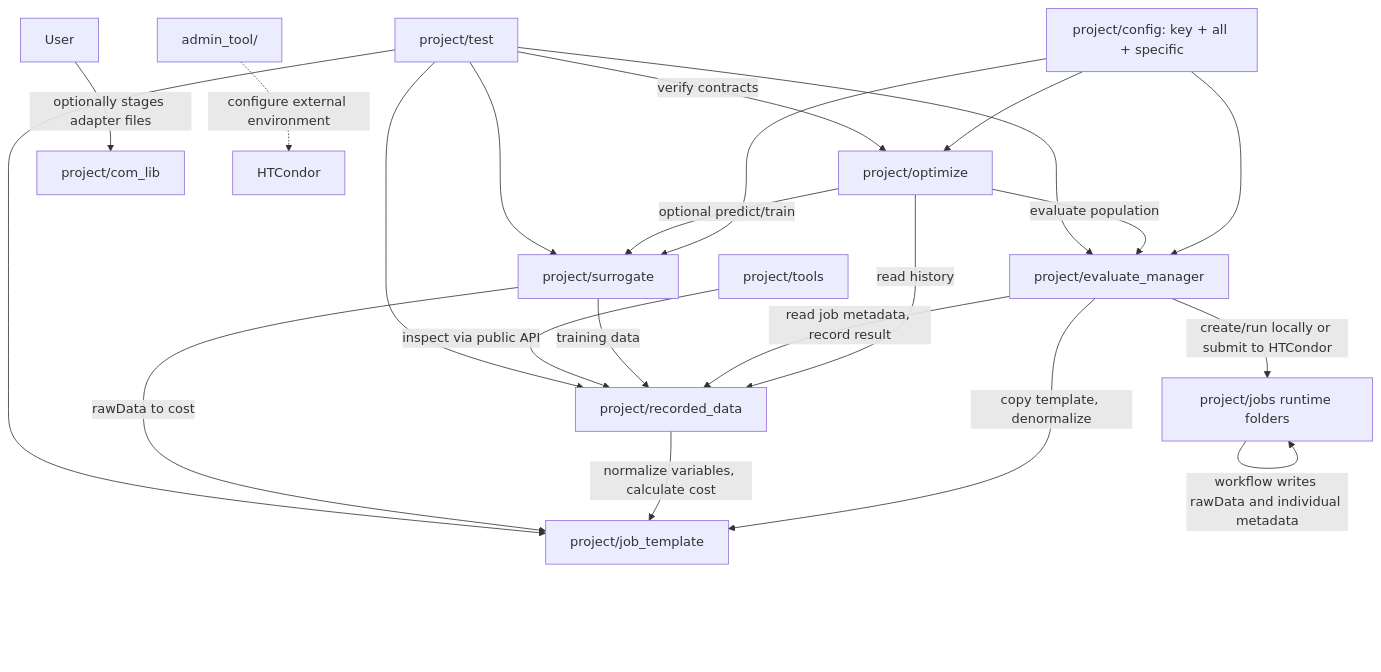
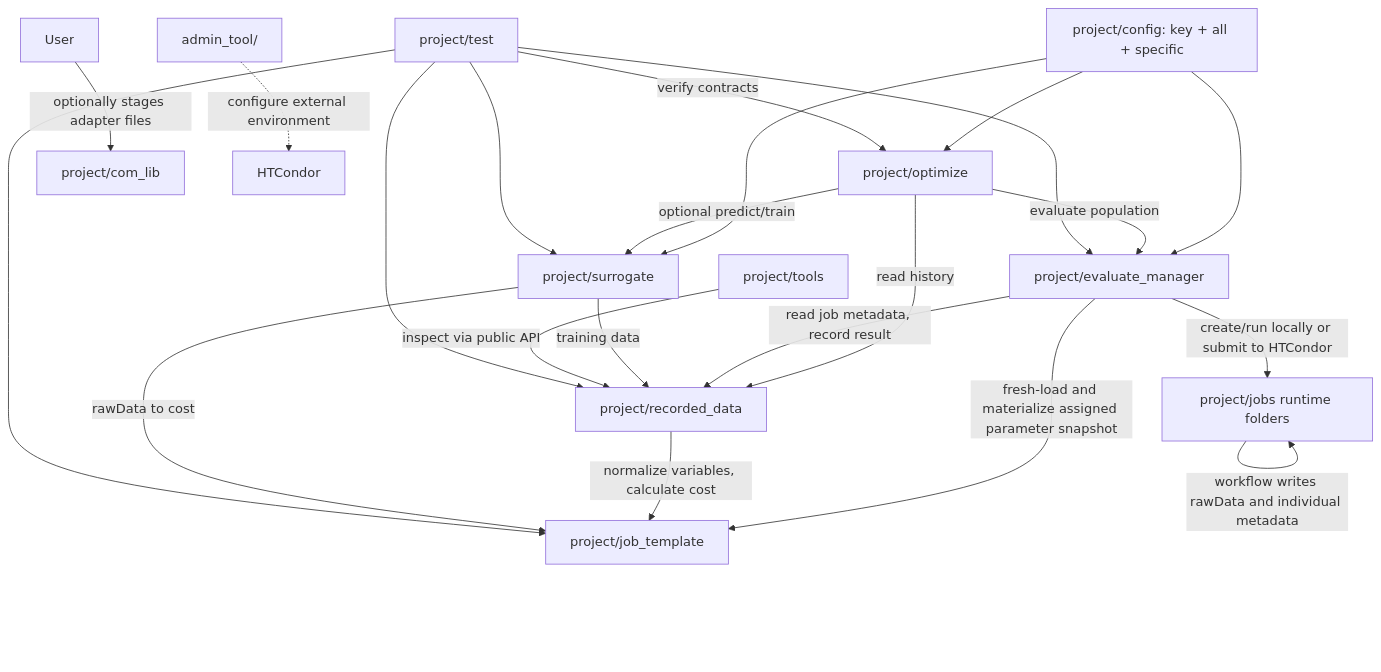
One commit to YS-Pan/yadof changed the diagram in dev_doc/architecture/c4_container.md. Above: the diagram before and after it, drawn with Mermaid. The commit also changed other lines of this file and 39 other files, not shown here.

````diff
--- a/dev_doc/architecture/c4_container.md
+++ b/dev_doc/architecture/c4_container.md
@@ -5,28 +5,28 @@
 ```mermaid
 flowchart TD
     Config["project/config: key + all + specific"] --> Optimize["project/optimize"]
     Config --> Evaluate["project/evaluate_manager"]
     Config --> Surrogate["project/surrogate"]
 
     Optimize -->|evaluate population| Evaluate
     Optimize -->|read history| Recorded["project/recorded_data"]
     Optimize -->|optional predict/train| Surrogate
 
-    Evaluate -->|copy template, denormalize| Template["project/job_template"]
+    Evaluate -->|fresh-load and materialize assigned parameter snapshot| Template["project/job_template"]
     User -->|optionally stages adapter files| ComLib["project/com_lib"]
     Evaluate -->|create/run locally or submit to HTCondor| Jobs["project/jobs runtime folders"]
     Jobs -->|workflow writes rawData and individual metadata| Jobs
     Evaluate -->|read job metadata, record result| Recorded
 
     Recorded -->|normalize variables, calculate cost| Template
     Surrogate -->|training data| Recorded
     Surrogate -->|rawData to cost| Template
 
     Tools["project/tools"] -->|inspect via public API| Recorded
     AdminResources["admin_tool/"] -.->|configure external environment| HTCondor
     Tests["project/test"] -->|verify contracts| Optimize
     Tests --> Evaluate
     Tests --> Template
     Tests --> Recorded
     Tests --> Surrogate
 ```
````
